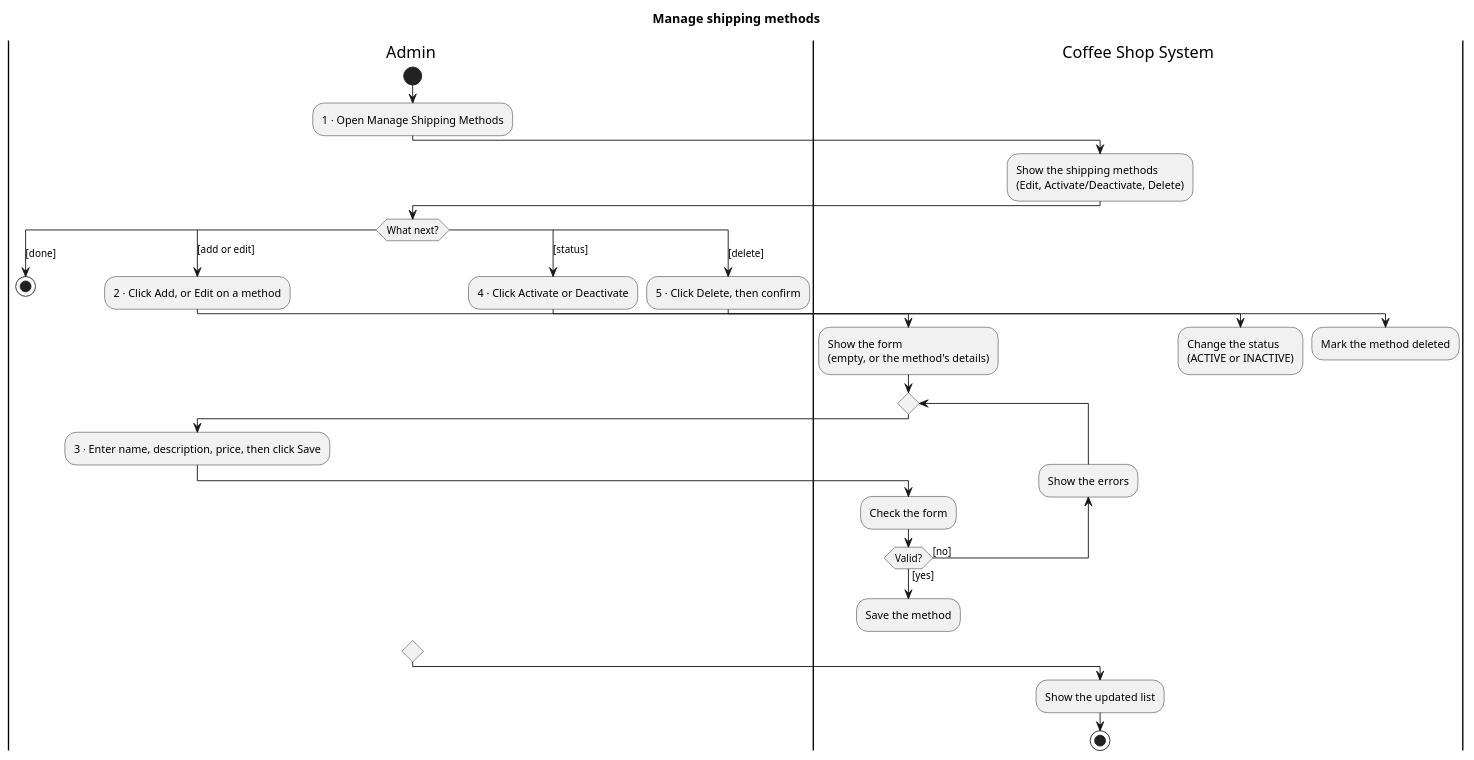
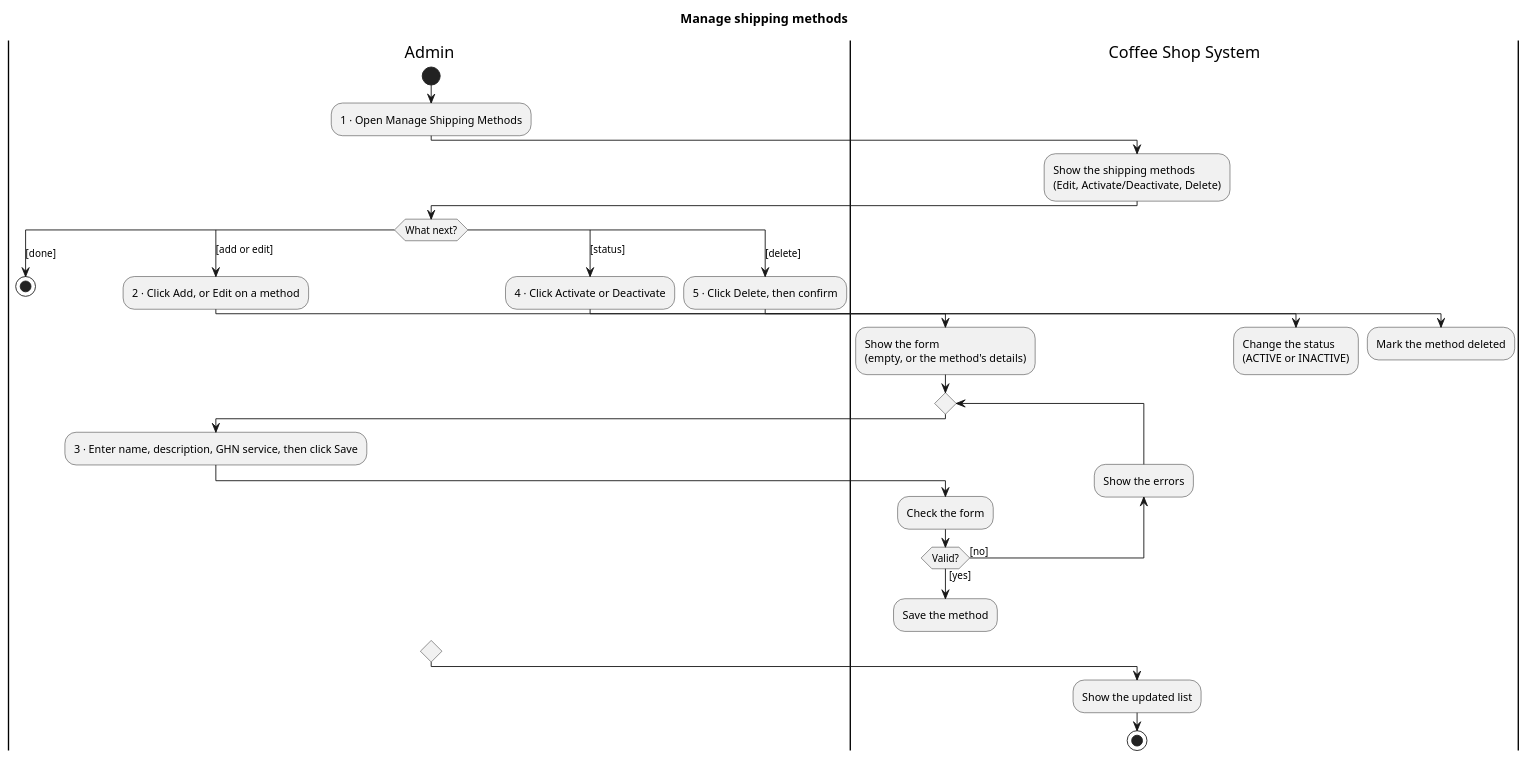
The diagram in docs/uml/activity-manage-shipping-methods.puml (tiennguyen-agilityio/nestjs-training), drawn with PlantUML before and after one commit. The commit also changed 5 other files, not shown here.

Commit message:
docs: add GHN shipping and webhook flows to the UML activity diagrams

```diff
--- a/docs/uml/activity-manage-shipping-methods.puml
+++ b/docs/uml/activity-manage-shipping-methods.puml
@@ -1,47 +1,47 @@
 @startuml activity-manage-shipping-methods
 ' Manage shipping methods (Administration module). Add is above the list;
 ' Edit, Activate/Deactivate and Delete are on each row. Only ACTIVE
 ' methods are offered at checkout. Delete marks the method deleted.
 
 title Manage shipping methods
 
 |Admin|
 |Coffee Shop System|
 
 |Admin|
 start
 :1 · Open Manage Shipping Methods;
 |Coffee Shop System|
 :Show the shipping methods\n(Edit, Activate/Deactivate, Delete);
 |Admin|
 switch (What next?)
 case ([done])
   stop
 case ([add or edit])
   :2 · Click Add, or Edit on a method;
   |Coffee Shop System|
   :Show the form\n(empty, or the method's details);
   repeat
     |Admin|
-    :3 · Enter name, description, price, then click Save;
+    :3 · Enter name, description, GHN service, then click Save;
     |Coffee Shop System|
     :Check the form;
   backward :Show the errors;
   repeat while (Valid?) is ([no]) not ([yes])
   :Save the method;
 case ([status])
   |Admin|
   :4 · Click Activate or Deactivate;
   |Coffee Shop System|
   :Change the status\n(ACTIVE or INACTIVE);
 case ([delete])
   |Admin|
   :5 · Click Delete, then confirm;
   |Coffee Shop System|
   :Mark the method deleted;
 endswitch
 |Coffee Shop System|
 :Show the updated list;
 stop
 
 @enduml
```
